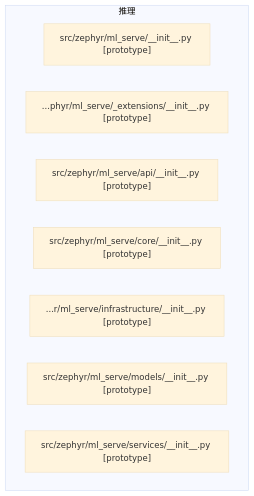
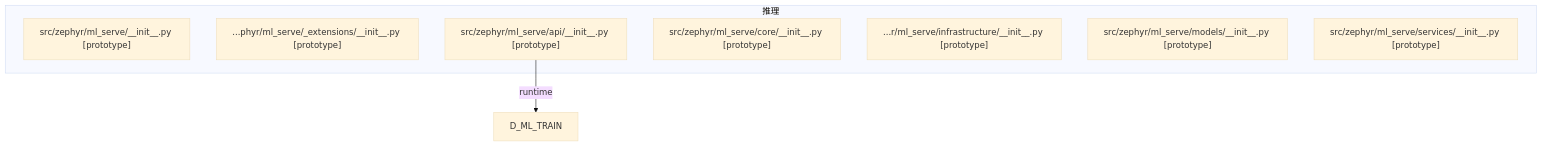
One commit to xuanFelixVan/ZephyrAlpha changed the diagram in docs/02_enterprise_architecture/generated/domains/d_ml_serve_dependency.mmd. Above: the diagram before and after it, drawn with Mermaid (base theme). The commit also changed 80 other files, not shown here.

```diff
--- a/docs/02_enterprise_architecture/generated/domains/d_ml_serve_dependency.mmd
+++ b/docs/02_enterprise_architecture/generated/domains/d_ml_serve_dependency.mmd
@@ -1,28 +1,30 @@
 %% D_ML_SERVE 域全景依赖图
-%% 生成时间: 2026-07-19 03:55:38
+%% 生成时间: 2026-07-19 03:57:08
 %% 数据源: depgraph (PostgreSQL) nodes表 + edges表
-%% 模块数: 7, 依赖边数: 0
+%% 模块数: 7, 依赖边数: 1
 
 graph TD
 
     %% 域内模块（最多显示 100 个）
     subgraph D_ML_SERVE[推理]
         src_zephyr_ml_serve___init___py["src/zephyr/ml_serve/__init__.py [prototype]"]
         src_zephyr_ml_serve__extensions___init___py["...phyr/ml_serve/_extensions/__init__.py [prototype]"]
         src_zephyr_ml_serve_api___init___py["src/zephyr/ml_serve/api/__init__.py [prototype]"]
         src_zephyr_ml_serve_core___init___py["src/zephyr/ml_serve/core/__init__.py [prototype]"]
         src_zephyr_ml_serve_infrastructure___init___py["...r/ml_serve/infrastructure/__init__.py [prototype]"]
         src_zephyr_ml_serve_models___init___py["src/zephyr/ml_serve/models/__init__.py [prototype]"]
         src_zephyr_ml_serve_services___init___py["src/zephyr/ml_serve/services/__init__.py [prototype]"]
     end
 
     %% 域内依赖（最多显示 80 条）
 
     %% 跨域依赖（入）- 最多显示 30 条
 
     %% 跨域依赖（出）- 最多显示 30 条
+    %% D_ML_SERVE -> D_ML_TRAIN (1 条)
+    src_zephyr_ml_serve_api___init___py -->|runtime| D_ML_TRAIN[D_ML_TRAIN]
 
     %% 统计
     %% 域内依赖: 0 条
     %% 跨域入边: 0 条
-    %% 跨域出边: 0 条
+    %% 跨域出边: 1 条
```
